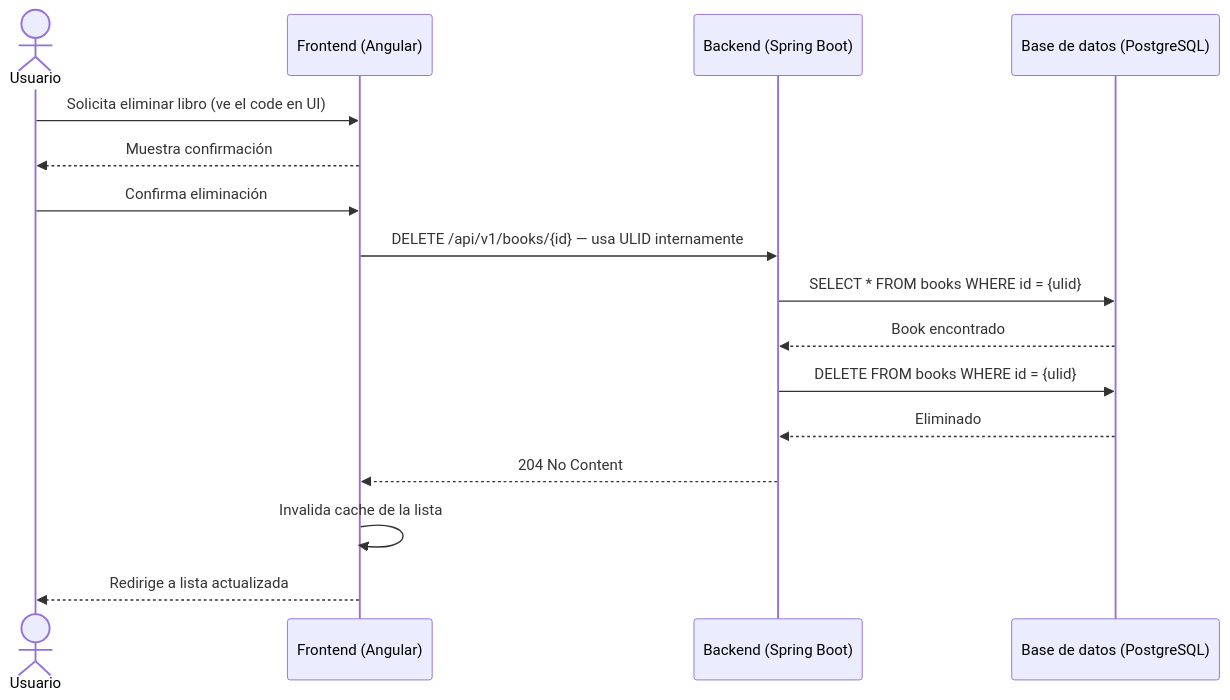
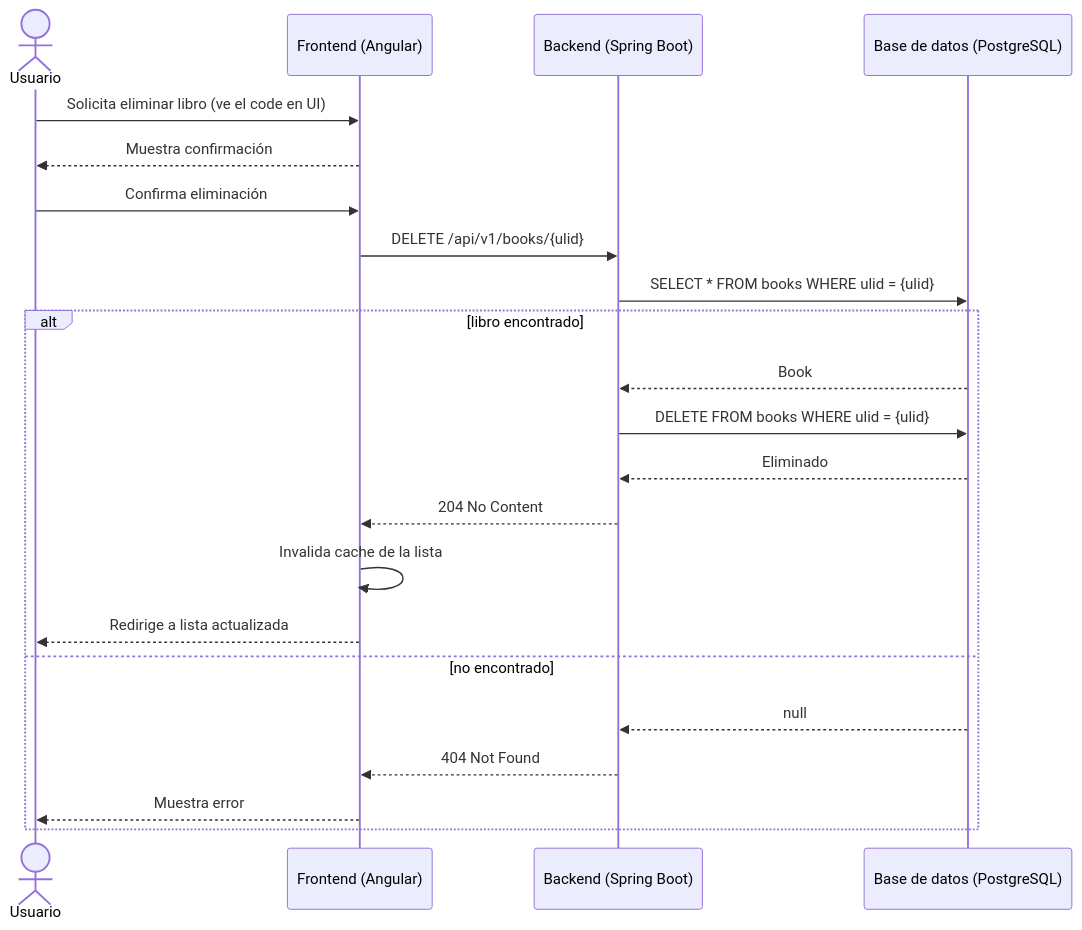
The fifth of 5 diagrams in docs/diagrams/sequence-diagrams.md (pakodiazdev/atreyu-library), drawn with Mermaid before and after one commit. The commit also changed other lines of this file, not shown here.

First line of the commit message:
🐛 [#060] - Corregir inconsistencias en diagramas de secuencia UML 🐛

````diff
--- a/docs/diagrams/sequence-diagrams.md
+++ b/docs/diagrams/sequence-diagrams.md
@@ -91,19 +108,25 @@
 ```mermaid
 sequenceDiagram
     actor Usuario
     participant FE as Frontend (Angular)
     participant BE as Backend (Spring Boot)
     participant DB as Base de datos (PostgreSQL)
 
     Usuario->>FE: Solicita eliminar libro (ve el code en UI)
     FE-->>Usuario: Muestra confirmación
     Usuario->>FE: Confirma eliminación
-    FE->>BE: DELETE /api/v1/books/{id} — usa ULID internamente
-    BE->>DB: SELECT * FROM books WHERE id = {ulid}
-    DB-->>BE: Book encontrado
-    BE->>DB: DELETE FROM books WHERE id = {ulid}
-    DB-->>BE: Eliminado
-    BE-->>FE: 204 No Content
-    FE->>FE: Invalida cache de la lista
-    FE-->>Usuario: Redirige a lista actualizada
+    FE->>BE: DELETE /api/v1/books/{ulid}
+    BE->>DB: SELECT * FROM books WHERE ulid = {ulid}
+    alt libro encontrado
+        DB-->>BE: Book
+        BE->>DB: DELETE FROM books WHERE ulid = {ulid}
+        DB-->>BE: Eliminado
+        BE-->>FE: 204 No Content
+        FE->>FE: Invalida cache de la lista
+        FE-->>Usuario: Redirige a lista actualizada
+    else no encontrado
+        DB-->>BE: null
+        BE-->>FE: 404 Not Found
+        FE-->>Usuario: Muestra error
+    end
 ```
````
